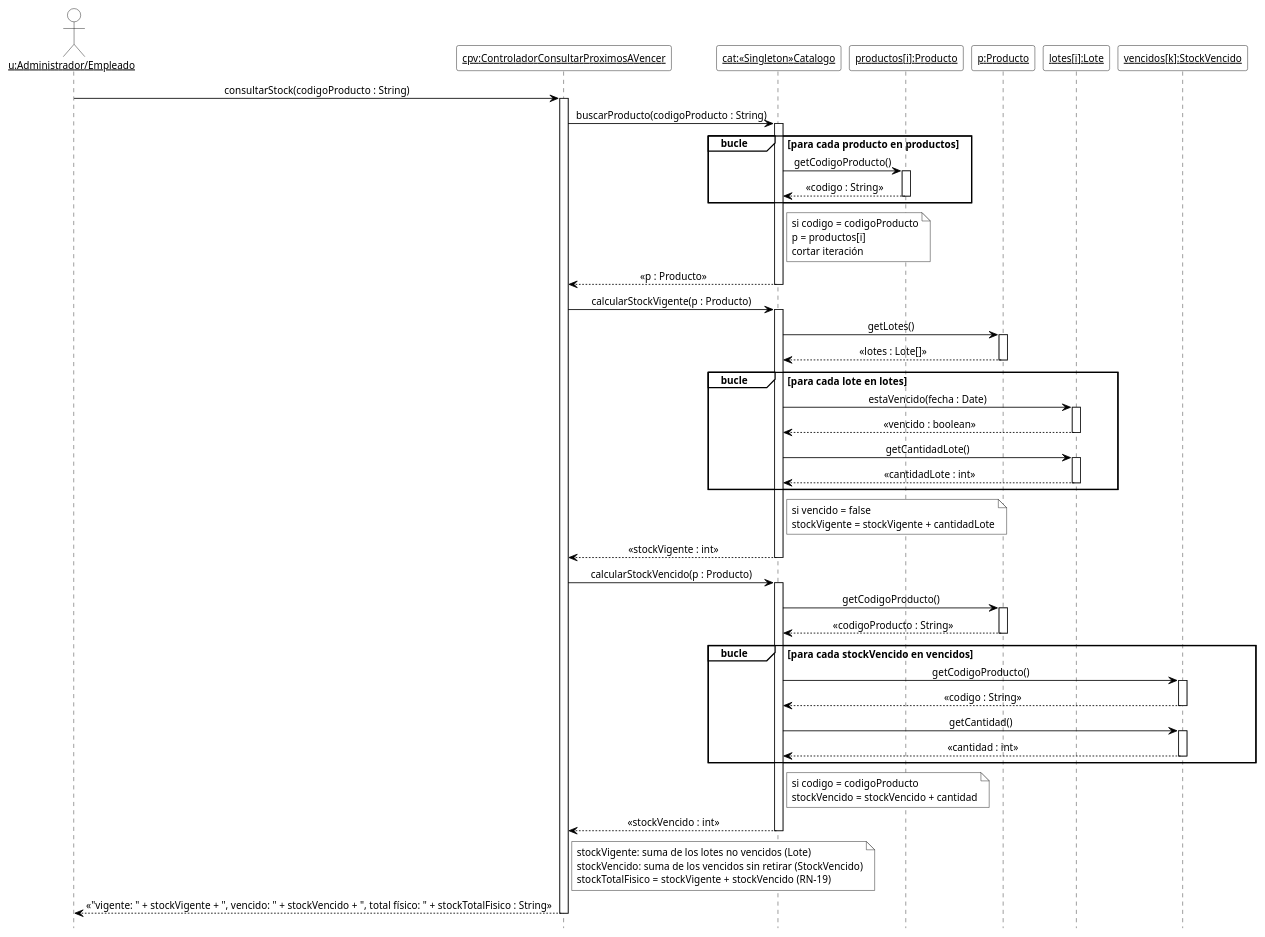
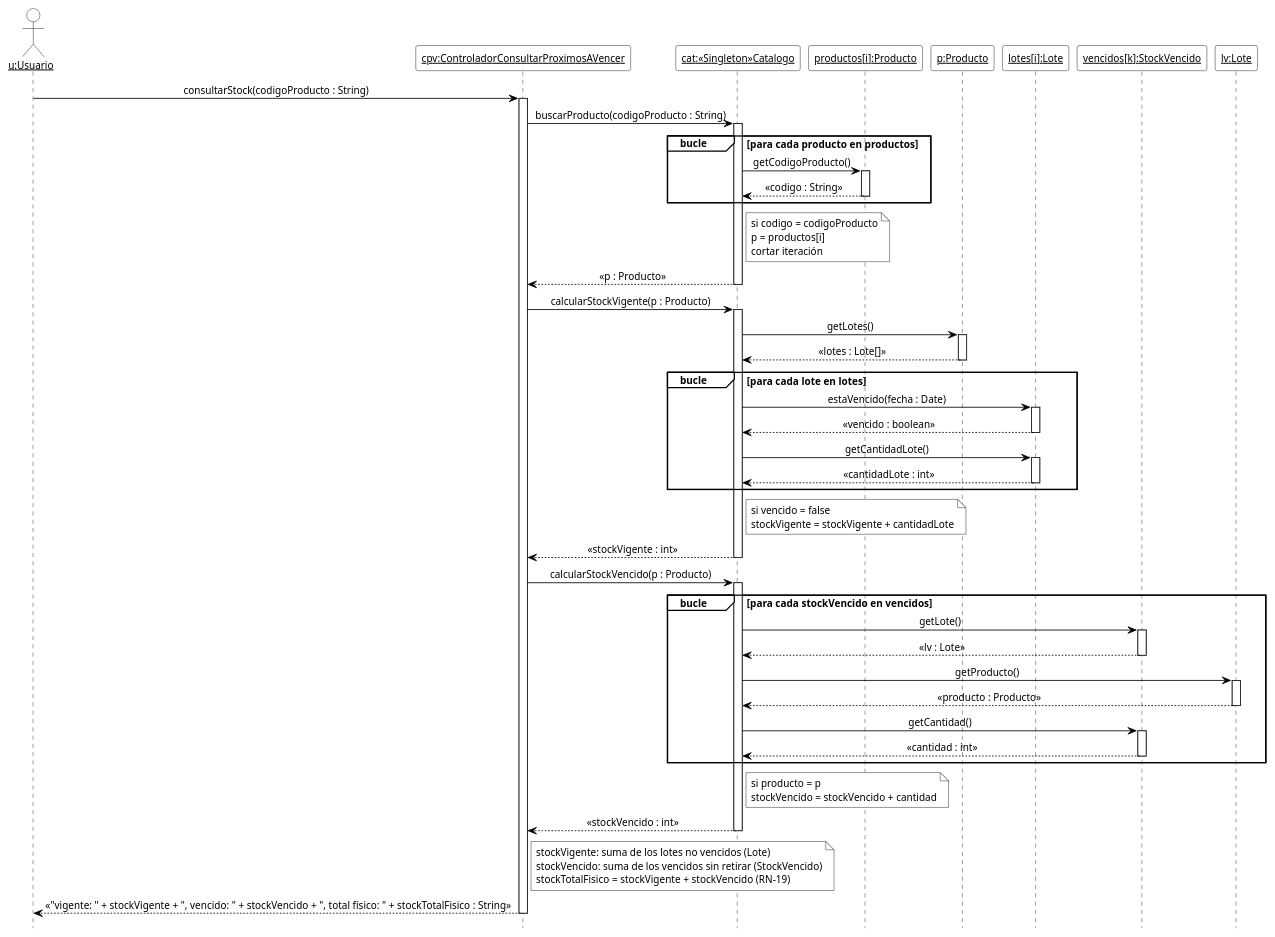
Before and after one commit to cirotop/Stock-Project: the diagram in 08-Diagrama De Secuencia/DSD_CU-09_consultarStock.puml, drawn with PlantUML. The commit also changed 36 other files, not shown here.

```diff
--- a/08-Diagrama De Secuencia/DSD_CU-09_consultarStock.puml
+++ b/08-Diagrama De Secuencia/DSD_CU-09_consultarStock.puml
@@ -1,79 +1,80 @@
 @startuml DSD_CU-09_consultarStock
 ' Diagrama de Secuencia de Diseño (DSD) - CU-09 Consultar vencimientos y stock vencido - consultarStock
 ' Estilo de los ejemplos de la teoría (introducirArticulo / crearNuevaVenta).
 hide footbox
 skinparam shadowing false
 skinparam defaultFontName Arial
 skinparam defaultFontSize 12
 skinparam sequenceMessageAlign center
 skinparam ArrowColor black
 skinparam ParticipantBackgroundColor white
 skinparam ParticipantBorderColor black
 skinparam CollectionsBackgroundColor white
 skinparam CollectionsBorderColor black
 skinparam ActorBackgroundColor white
 skinparam ActorBorderColor black
 skinparam LifeLineBorderColor black
 skinparam LifeLineBackgroundColor white
 skinparam SequenceGroupBackgroundColor white
 skinparam SequenceGroupBorderColor black
 skinparam SequenceGroupHeaderFontColor black
 skinparam NoteBackgroundColor white
 skinparam NoteBorderColor black
 
-actor "<u>u:Administrador/Empleado</u>" as u
+actor "<u>u:Usuario</u>" as u
 participant "<u>cpv:ControladorConsultarProximosAVencer</u>" as cpv
 participant "<u>cat:«Singleton»Catalogo</u>" as cat
 participant "<u>productos[i]:Producto</u>" as pi
 participant "<u>p:Producto</u>" as p
 participant "<u>lotes[i]:Lote</u>" as li
 participant "<u>vencidos[k]:StockVencido</u>" as vi
+participant "<u>lv:Lote</u>" as lv
 
 u -> cpv ++ : consultarStock(codigoProducto : String)
 cpv -> cat ++ : buscarProducto(codigoProducto : String)
 group bucle [para cada producto en productos]
   cat -> pi ++ : getCodigoProducto()
   pi --> cat -- : «codigo : String»
 end
 note right of cat
   si codigo = codigoProducto
   p = productos[i]
   cortar iteración
 end note
 cat --> cpv -- : «p : Producto»
 cpv -> cat ++ : calcularStockVigente(p : Producto)
 cat -> p ++ : getLotes()
 p --> cat -- : «lotes : Lote[]»
 group bucle [para cada lote en lotes]
   cat -> li ++ : estaVencido(fecha : Date)
   li --> cat -- : «vencido : boolean»
   cat -> li ++ : getCantidadLote()
   li --> cat -- : «cantidadLote : int»
 end
 note right of cat
   si vencido = false
   stockVigente = stockVigente + cantidadLote
 end note
 cat --> cpv -- : «stockVigente : int»
 cpv -> cat ++ : calcularStockVencido(p : Producto)
-cat -> p ++ : getCodigoProducto()
-p --> cat -- : «codigoProducto : String»
 group bucle [para cada stockVencido en vencidos]
-  cat -> vi ++ : getCodigoProducto()
-  vi --> cat -- : «codigo : String»
+  cat -> vi ++ : getLote()
+  vi --> cat -- : «lv : Lote»
+  cat -> lv ++ : getProducto()
+  lv --> cat -- : «producto : Producto»
   cat -> vi ++ : getCantidad()
   vi --> cat -- : «cantidad : int»
 end
 note right of cat
-  si codigo = codigoProducto
+  si producto = p
   stockVencido = stockVencido + cantidad
 end note
 cat --> cpv -- : «stockVencido : int»
 note right of cpv
   stockVigente: suma de los lotes no vencidos (Lote)
   stockVencido: suma de los vencidos sin retirar (StockVencido)
   stockTotalFisico = stockVigente + stockVencido (RN-19)
 end note
 cpv --> u -- : «"vigente: " + stockVigente + ", vencido: " + stockVencido + ", total físico: " + stockTotalFisico : String»
 
 @enduml
```
